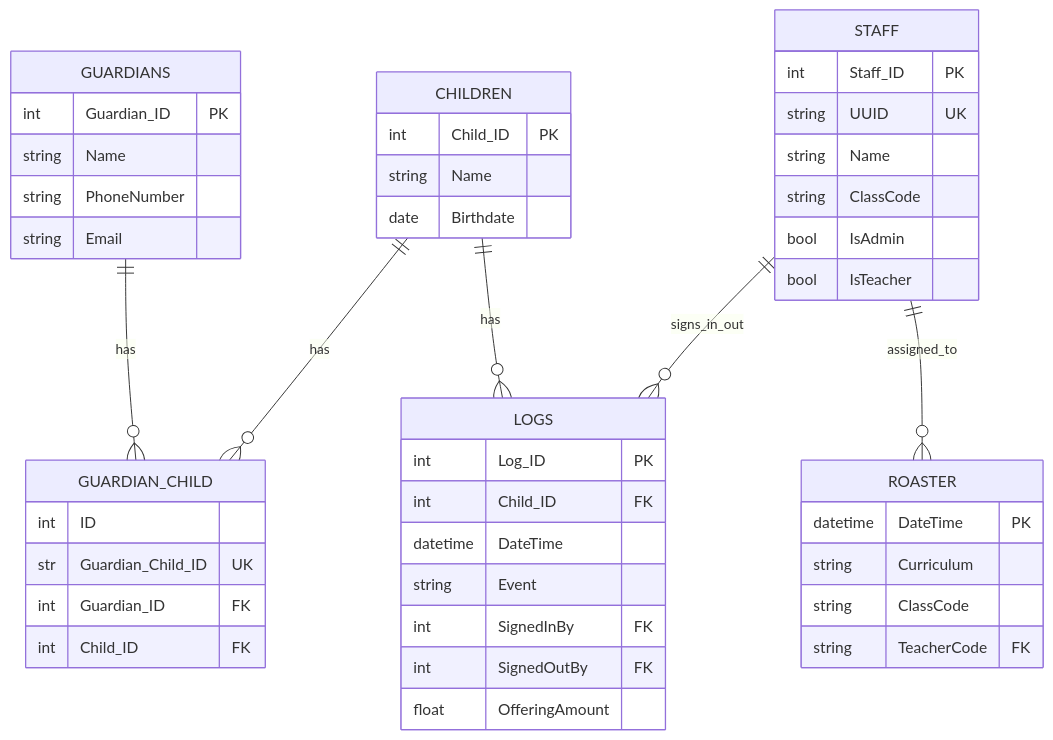
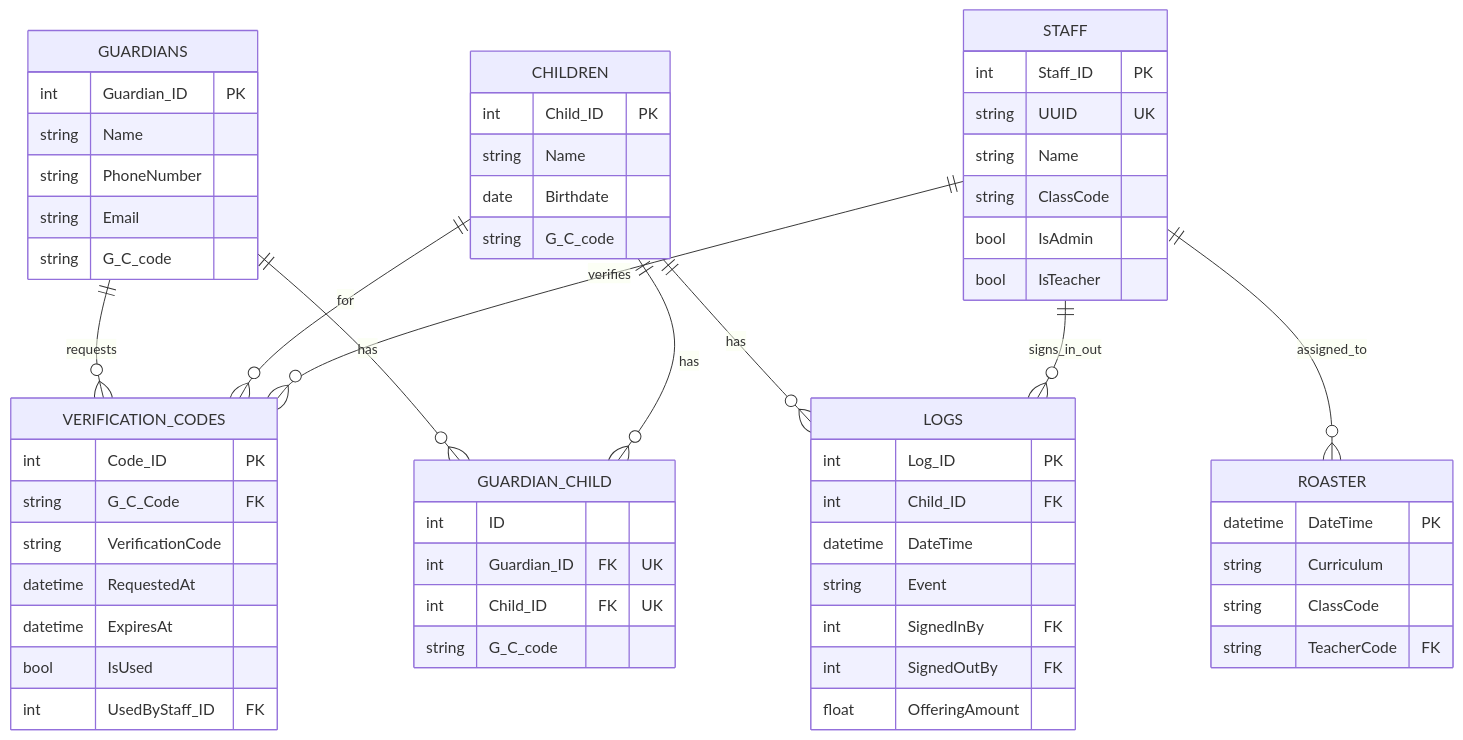
The second of 3 diagrams in Structure.md (Marsuvees/childrens-church-management-and-pickup-system), drawn with Mermaid before and after one commit. The commit also changed other lines of this file, not shown here.

````diff
--- a/Structure.md
+++ b/Structure.md
@@ -31,57 +31,73 @@
 ```mermaid
 erDiagram
     GUARDIANS {
         int Guardian_ID PK
         string Name
         string PhoneNumber
         string Email
+        string G_C_code
     }
 
     STAFF {
         int Staff_ID PK
         string UUID UK
         string Name
         string ClassCode
         bool IsAdmin
         bool IsTeacher
     }
 
     CHILDREN {
         int Child_ID PK
         string Name
         date Birthdate
+        string G_C_code
     }
 
     LOGS {
         int Log_ID PK
         int Child_ID FK
         datetime DateTime
         string Event
         int SignedInBy FK
         int SignedOutBy FK
         float OfferingAmount
     }
 
     ROASTER {
         datetime DateTime PK
         string Curriculum
         string ClassCode
         string TeacherCode FK
     }
 
     GUARDIAN_CHILD {
         int ID
-        str Guardian_Child_ID UK
-        int Guardian_ID FK
-        int Child_ID FK
+        int Guardian_ID FK "UK"
+        int Child_ID FK "UK"
+        string G_C_code
     }
 
-    GUARDIANS ||--o{ GUARDIAN_CHILD : has
+    VERIFICATION_CODES {
+        int Code_ID PK
+        string G_C_Code FK 
+        string VerificationCode
+        datetime RequestedAt
+        datetime ExpiresAt
+        bool IsUsed
+        int UsedByStaff_ID FK
+    }
+
+    GUARDIANS ||--o{ VERIFICATION_CODES : requests
+    CHILDREN ||--o{ VERIFICATION_CODES : for
+    STAFF ||--o{ VERIFICATION_CODES : verifies
+
+    GUARDIANS ||--o{ GUARDIAN_CHILD: has
     CHILDREN ||--o{ GUARDIAN_CHILD : has
 
     CHILDREN ||--o{ LOGS : has
     STAFF ||--o{ LOGS : signs_in_out
 
     STAFF ||--o{ ROASTER : assigned_to
 
 ```
````
